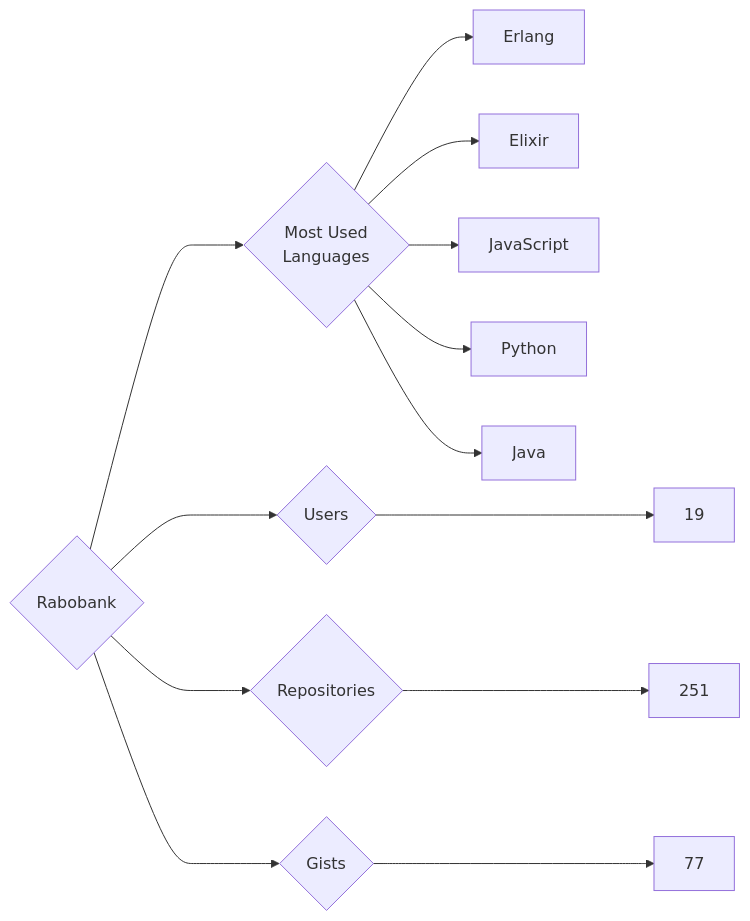
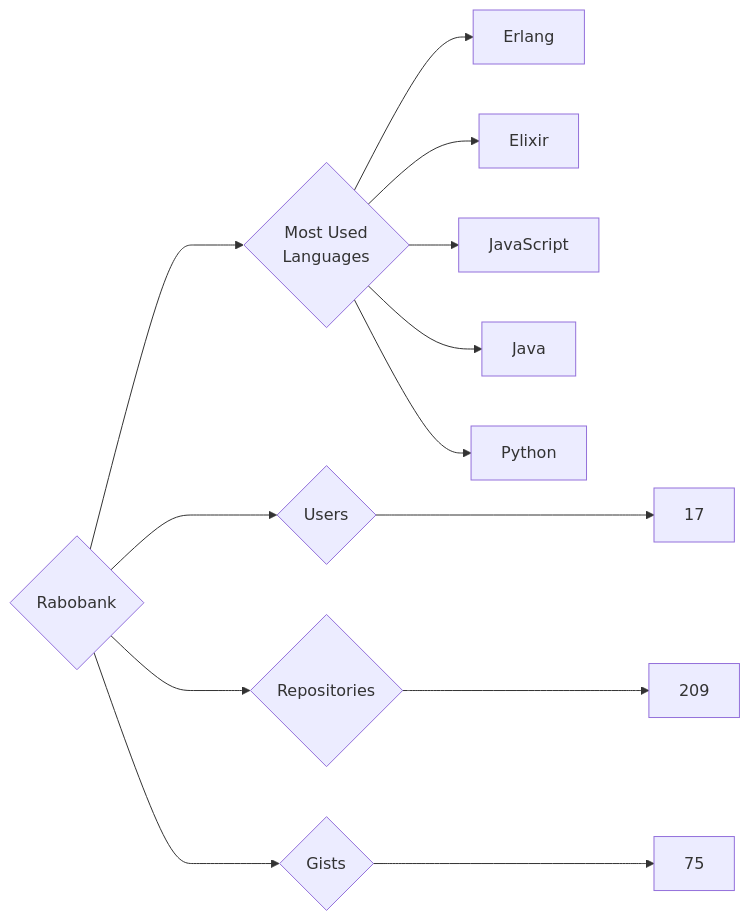
The diagram in targets/Rabobank/README.md (trickest/insiders), drawn with Mermaid before and after one commit. The commit also changed 878 other files, not shown here.

````diff
--- a/targets/Rabobank/README.md
+++ b/targets/Rabobank/README.md
@@ -3,13 +3,13 @@
 ```mermaid
 graph LR
 COMPANY_NAME{Rabobank}
-COMPANY_NAME ---> U{Users} ---> UN[19]
-COMPANY_NAME ---> R{Repositories} ---> RN[251]
-COMPANY_NAME ---> G{Gists} ---> GN[77]
+COMPANY_NAME ---> U{Users} ---> UN[17]
+COMPANY_NAME ---> R{Repositories} ---> RN[209]
+COMPANY_NAME ---> G{Gists} ---> GN[75]
 COMPANY_NAME ---> ML{Most Used<br>Languages}
 ML --> Erlang[Erlang]
 ML --> Elixir[Elixir]
 ML --> JavaScript[JavaScript]
+ML --> Java[Java]
 ML --> Python[Python]
-ML --> Java[Java]
 ```
````
